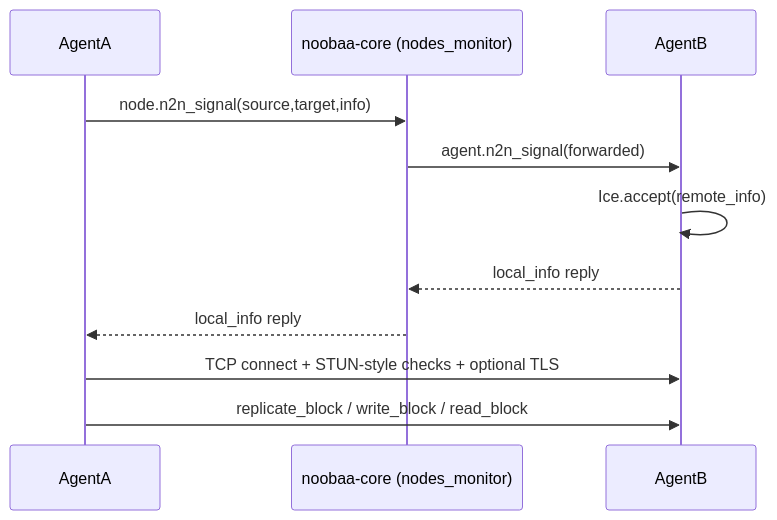
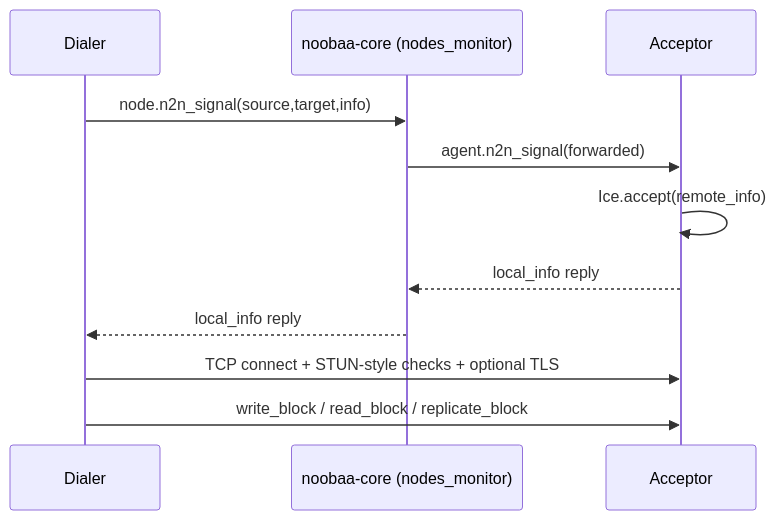
One commit to noobaa/noobaa-core changed the first of 2 diagrams in docs/design/RemoveICE.md. Above: the diagram before and after it, drawn with Mermaid. The commit also changed other lines of this file, not shown here.

First line of the commit message:
Change term instead of Agent A and Agent B to Dialer (can be endpoint) and Acceptor (usually agent)

````diff
--- a/docs/design/RemoveICE.md
+++ b/docs/design/RemoveICE.md
@@ -35,13 +35,13 @@
 ```mermaid
 sequenceDiagram
-    participant AgentA
+    participant Dialer
     participant Core as noobaa-core (nodes_monitor)
-    participant AgentB
-    AgentA->>Core: node.n2n_signal(source,target,info)
-    Core->>AgentB: agent.n2n_signal(forwarded)
-    AgentB->>AgentB: Ice.accept(remote_info)
-    AgentB-->>Core: local_info reply
-    Core-->>AgentA: local_info reply
-    AgentA->>AgentB: TCP connect + STUN-style checks + optional TLS
-    AgentA->>AgentB: replicate_block / write_block / read_block
+    participant Acceptor
+    Dialer->>Core: node.n2n_signal(source,target,info)
+    Core->>Acceptor: agent.n2n_signal(forwarded)
+    Acceptor->>Acceptor: Ice.accept(remote_info)
+    Acceptor-->>Core: local_info reply
+    Core-->>Dialer: local_info reply
+    Dialer->>Acceptor: TCP connect + STUN-style checks + optional TLS
+    Dialer->>Acceptor: write_block / read_block / replicate_block
 ```
````
